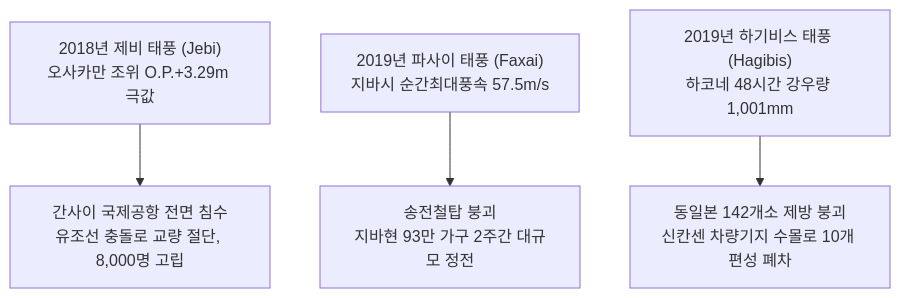
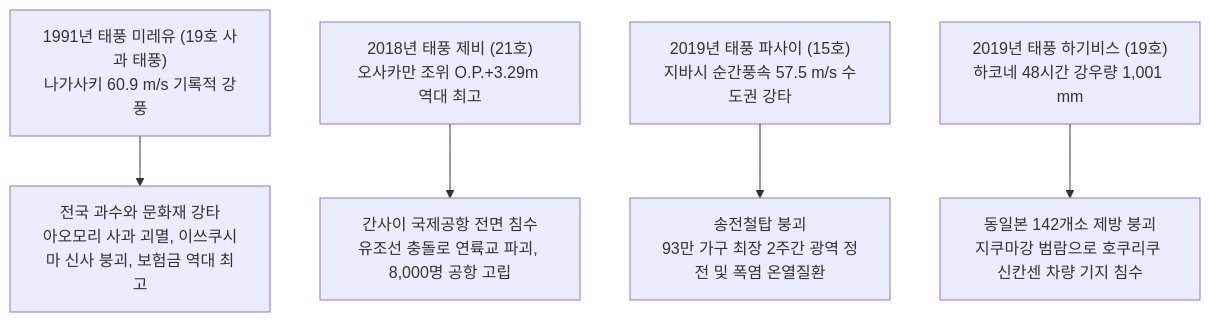
The eighth of 11 diagrams in content/post/typhoon-meteorology-mechanisms-historic-disasters-guide/index.ko.md (kenjinote/blog), drawn with Mermaid before and after one commit. The commit also changed other lines of this file and 11 other files, not shown here.

````diff
--- a/content/post/typhoon-meteorology-mechanisms-historic-disasters-guide/index.ko.md
+++ b/content/post/typhoon-meteorology-mechanisms-historic-disasters-guide/index.ko.md
@@ -116,6 +243,7 @@
 ```mermaid
 flowchart TD
-    J1["2018년 제비 태풍 (Jebi)<br/>오사카만 조위 O.P.+3.29m 극값"] --> J2["간사이 국제공항 전면 침수<br/>유조선 충돌로 교량 절단, 8,000명 고립"]
-    F1["2019년 파사이 태풍 (Faxai)<br/>지바시 순간최대풍속 57.5m/s"] --> F2["송전철탑 붕괴<br/>지바현 93만 가구 2주간 대규모 정전"]
-    H1["2019년 하기비스 태풍 (Hagibis)<br/>하코네 48시간 강우량 1,001mm"] --> H2["동일본 142개소 제방 붕괴<br/>신칸센 차량기지 수몰로 10개 편성 폐차"]
+    M1["1991년 태풍 미레유 (19호 사과 태풍)<br/>나가사키 60.9 m/s 기록적 강풍"] --> M2["전국 과수와 문화재 강타<br/>아오모리 사과 괴멸, 이쓰쿠시마 신사 붕괴, 보험금 역대 최고"]
+    J1["2018년 태풍 제비 (21호)<br/>오사카만 조위 O.P.+3.29m 역대 최고"] --> J2["간사이 국제공항 전면 침수<br/>유조선 충돌로 연륙교 파괴, 8,000명 공항 고립"]
+    F1["2019년 태풍 파사이 (15호)<br/>지바시 순간풍속 57.5 m/s 수도권 강타"] --> F2["송전철탑 붕괴<br/>93만 가구 최장 2주간 광역 정전 및 폭염 온열질환"]
+    H1["2019년 태풍 하기비스 (19호)<br/>하코네 48시간 강우량 1,001 mm"] --> H2["동일본 142개소 제방 붕괴<br/>지쿠마강 범람으로 호쿠리쿠 신칸센 차량 기지 침수"]
 ```
````
